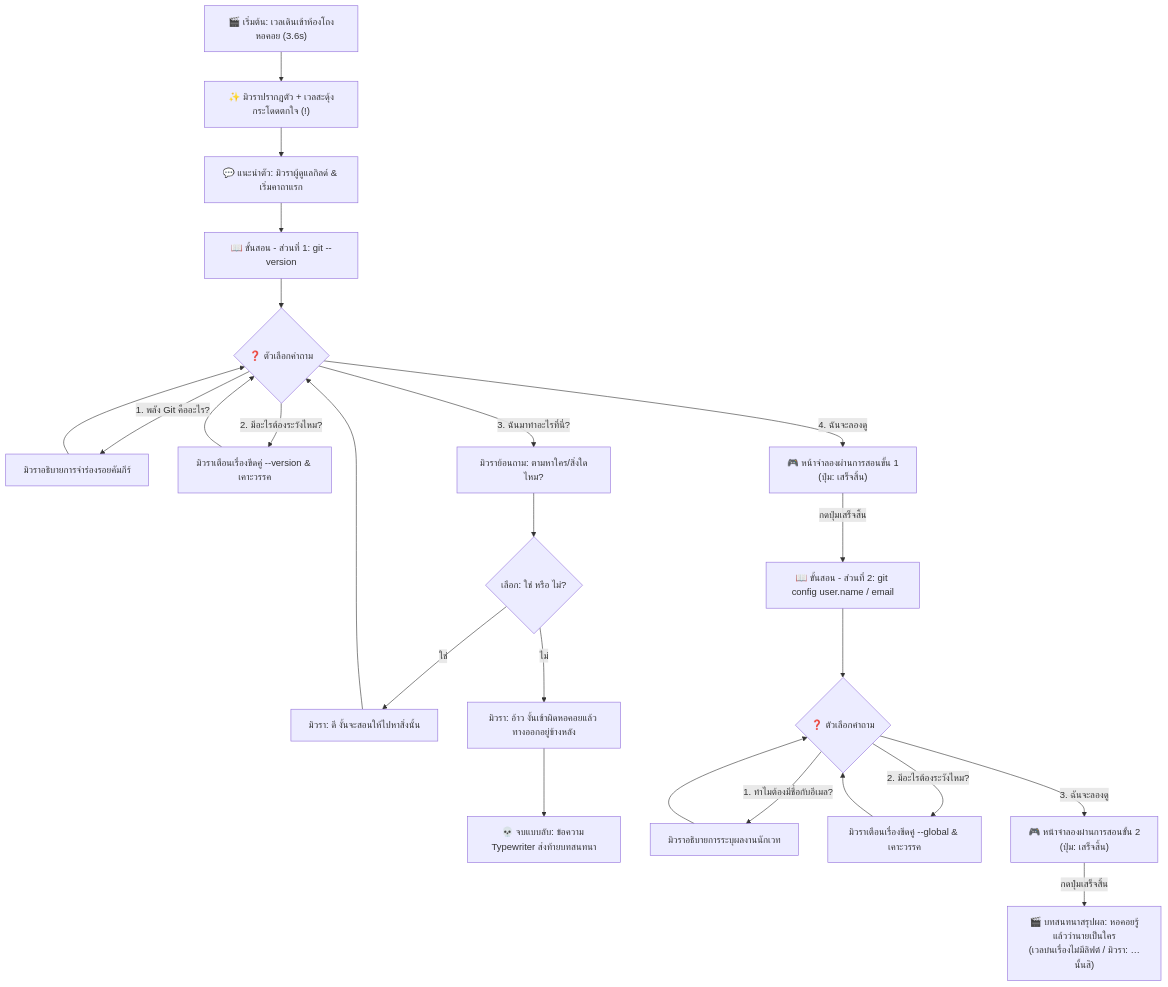
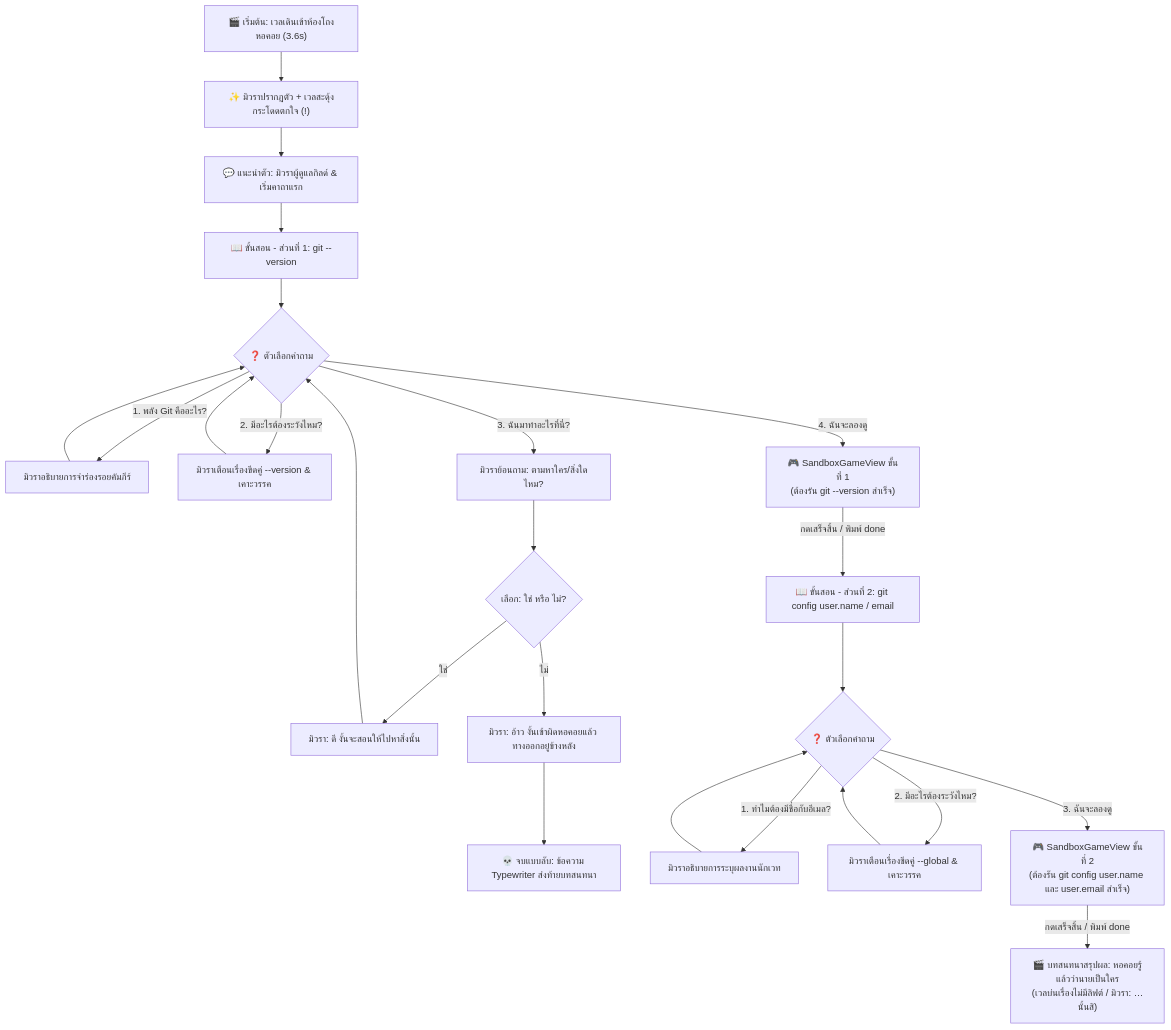
Before and after one commit to PetchAuisui/Demo-Game-Git-Diwaa: the first of 2 diagrams in docs/inside-tower-cutscene.md, drawn with Mermaid. The commit also changed other lines of this file and 1 other file, not shown here.

First line of the commit message:
docs(dialogue): อัปเดตคู่มือให้ตรงกับโฟลว์เลือกด่าน เงื่อนไขภารกิจ Sandbox และ SceneLoader

````diff
--- a/docs/inside-tower-cutscene.md
+++ b/docs/inside-tower-cutscene.md
@@ -9,25 +9,25 @@
 ```mermaid
 flowchart TD
     Start["🎬 เริ่มต้น: เวลเดินเข้าห้องโถงหอคอย (3.6s)"] --> MewlaWarp["✨ มิวราปรากฏตัว + เวลสะดุ้งกระโดดตกใจ (!)"]
     MewlaWarp --> IntroTalk["💬 แนะนำตัว: มิวราผู้ดูแลกิลด์ & เริ่มคาถาแรก"]
     
     IntroTalk --> Teach1["📖 ขั้นสอน - ส่วนที่ 1: git --version"]
     Teach1 --> Choice1{"❓ ตัวเลือกคำถาม"}
     
     Choice1 -->|"1. พลัง Git คืออะไร?"| Ans1_1["มิวราอธิบายการจำร่องรอยคัมภีร์"] --> Choice1
     Choice1 -->|"2. มีอะไรต้องระวังไหม?"| Ans1_2["มิวราเตือนเรื่องขีดคู่ --version & เคาะวรรค"] --> Choice1
     Choice1 -->|"3. ฉันมาทำอะไรที่นี่?"| Ans1_3["มิวราย้อนถาม: ตามหาใคร/สิ่งใดไหม?"]
     Ans1_3 --> SubChoice{"เลือก: ใช่ หรือ ไม่?"}
     SubChoice -->|"ใช่"| AnsSubYes["มิวรา: ดี งั้นจะสอนให้ไปหาสิ่งนั้น"] --> Choice1
     SubChoice -->|"ไม่"| AnsSubNo["มิวรา: อ้าว งั้นเข้าผิดหอคอยแล้ว ทางออกอยู่ข้างหลัง"] --> BadEnd["💀 จบแบบลับ: ข้อความ Typewriter ส่งท้ายบทสนทนา"]
     
-    Choice1 -->|"4. ฉันจะลองดู"| PlayStep1["🎮 หน้าจำลองผ่านการสอนขั้น 1\n(ปุ่ม: เสร็จสิ้น)"]
-    PlayStep1 -->|"กดปุ่มเสร็จสิ้น"| Teach2["📖 ขั้นสอน - ส่วนที่ 2: git config user.name / email"]
+    Choice1 -->|"4. ฉันจะลองดู"| PlayStep1["🎮 SandboxGameView ขั้นที่ 1\n(ต้องรัน git --version สำเร็จ)"]
+    PlayStep1 -->|"กดเสร็จสิ้น / พิมพ์ done"| Teach2["📖 ขั้นสอน - ส่วนที่ 2: git config user.name / email"]
     
     Teach2 --> Choice2{"❓ ตัวเลือกคำถาม"}
     
     Choice2 -->|"1. ทำไมต้องมีชื่อกับอีเมล?"| Ans2_1["มิวราอธิบายการระบุผลงานนักเวท"] --> Choice2
     Choice2 -->|"2. มีอะไรต้องระวังไหม?"| Ans2_2["มิวราเตือนเรื่องขีดคู่ --global & เคาะวรรค"] --> Choice2
-    Choice2 -->|"3. ฉันจะลองดู"| PlayStep2["🎮 หน้าจำลองผ่านการสอนขั้น 2\n(ปุ่ม: เสร็จสิ้น)"]
-    PlayStep2 -->|"กดปุ่มเสร็จสิ้น"| Outro["🎬 บทสนทนาสรุปผล: หอคอยรู้แล้วว่านายเป็นใคร\n(เวลบ่นเรื่องไม่มีลิฟต์ / มิวรา: …นั้นสิ)"]
+    Choice2 -->|"3. ฉันจะลองดู"| PlayStep2["🎮 SandboxGameView ขั้นที่ 2\n(ต้องรัน git config user.name และ user.email สำเร็จ)"]
+    PlayStep2 -->|"กดเสร็จสิ้น / พิมพ์ done"| Outro["🎬 บทสนทนาสรุปผล: หอคอยรู้แล้วว่านายเป็นใคร\n(เวลบ่นเรื่องไม่มีลิฟต์ / มิวรา: …นั้นสิ)"]
 ```
````
